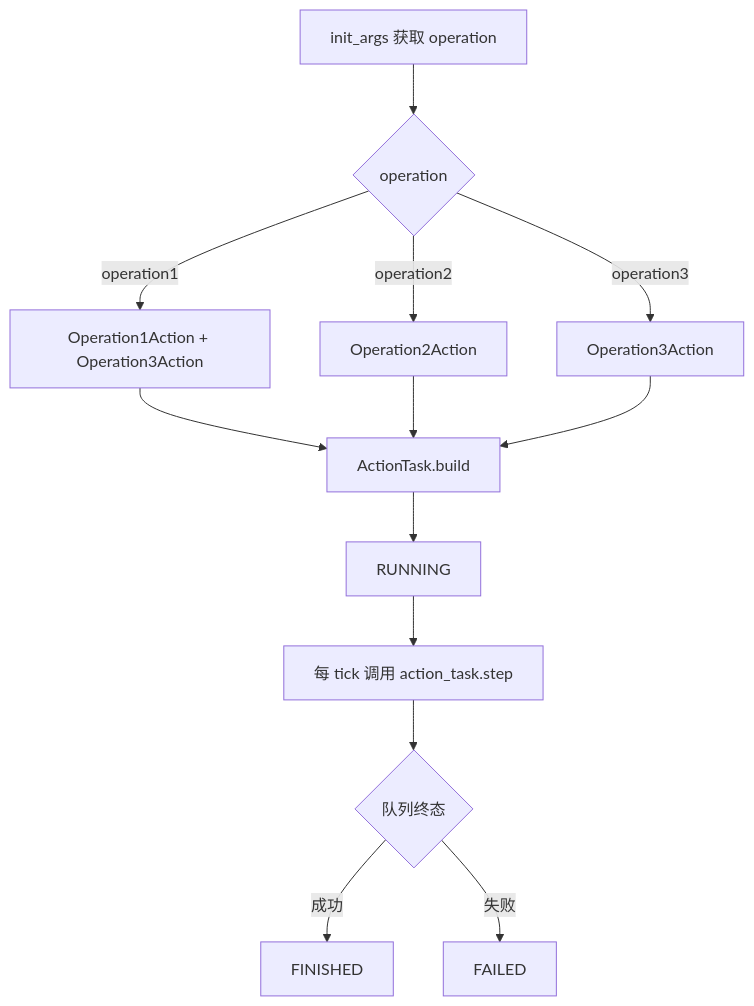
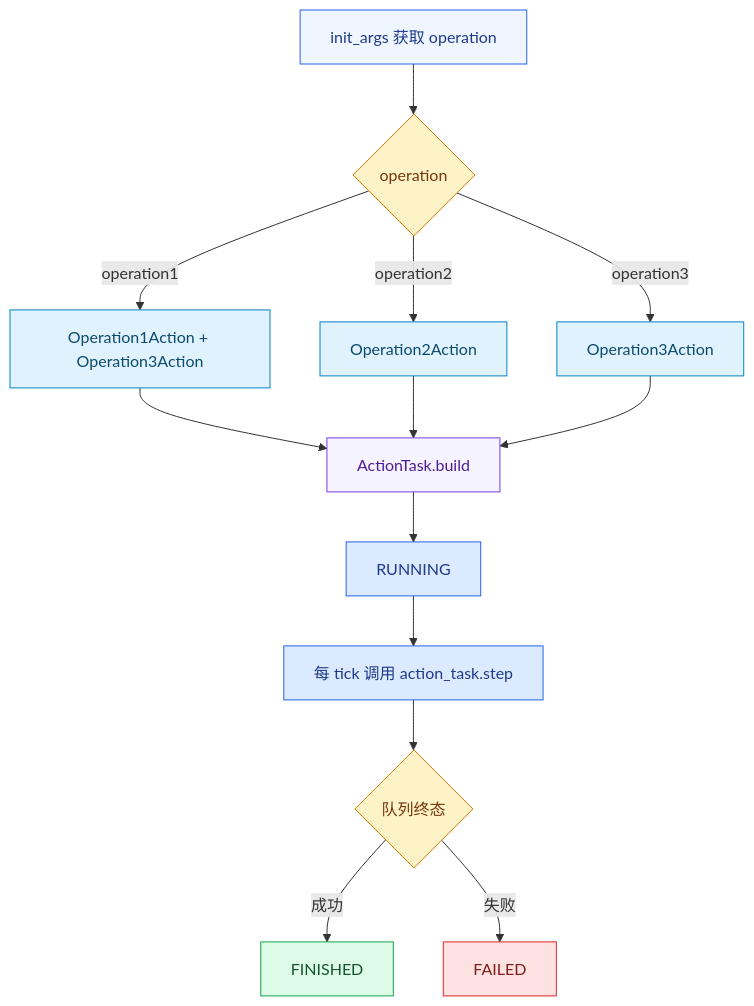
Before and after one commit to chl1123/chl1123.github.io: the fourth of 5 diagrams in docs/guide/tutorial.md, drawn with Mermaid. The commit also changed other lines of this file and 4 other files, not shown here.

Commit message:
feat: m-7044389795 修复 mermaid 渲染、增加配色

````diff
--- a/docs/guide/tutorial.md
+++ b/docs/guide/tutorial.md
@@ -663,15 +698,30 @@
 ```mermaid
 flowchart TD
     A["init_args 获取 operation"] --> B{"operation"}
     B -->|operation1| C["Operation1Action + Operation3Action"]
     B -->|operation2| D["Operation2Action"]
     B -->|operation3| E["Operation3Action"]
     C --> F["ActionTask.build"]
     D --> F
     E --> F
     F --> G["RUNNING"]
     G --> H["每 tick 调用 action_task.step"]
     H --> I{"队列终态"}
     I -->|成功| J["FINISHED"]
     I -->|失败| K["FAILED"]
+
+    classDef entry fill:#EFF6FF,stroke:#2563EB,color:#1E3A8A
+    classDef branch fill:#FEF3C7,stroke:#D97706,color:#78350F
+    classDef action fill:#E0F2FE,stroke:#0284C7,color:#0C4A6E
+    classDef build fill:#F5F3FF,stroke:#7C3AED,color:#4C1D95
+    classDef running fill:#DBEAFE,stroke:#2563EB,color:#1E3A8A
+    classDef finished fill:#DCFCE7,stroke:#16A34A,color:#14532D
+    classDef failed fill:#FEE2E2,stroke:#DC2626,color:#7F1D1D
+    class A entry
+    class B,I branch
+    class C,D,E action
+    class F build
+    class G,H running
+    class J finished
+    class K failed
 ```
````
